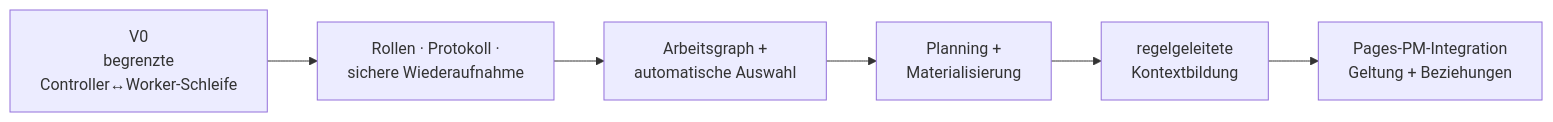
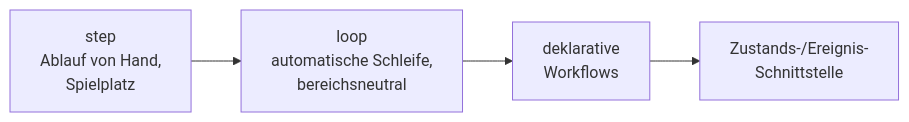
The seventh of 7 diagrams in README.md (blaumohn/ki-dev), drawn with Mermaid before and after one commit. The commit also changed other lines of this file and 2 other files, not shown here.

First line of the commit message:
docs: README-Geschichte zu ki-dev step und benannte Etappen (ki-dev-ablauf-48c)

````diff
--- a/README.md
+++ b/README.md
@@ -761,11 +861,9 @@
 ```mermaid
 flowchart LR
-    V0["V0<br/>begrenzte<br/>Controller↔Worker-Schleife"]
-    V1["Rollen · Protokoll ·<br/>sichere Wiederaufnahme"]
-    V2["Arbeitsgraph +<br/>automatische Auswahl"]
-    V3["Planning +<br/>Materialisierung"]
-    V4["regelgeleitete<br/>Kontextbildung"]
-    V5["Pages-PM-Integration<br/>Geltung + Beziehungen"]
+    S["step<br/>Ablauf von Hand,<br/>Spielplatz"]
+    L["loop<br/>automatische Schleife,<br/>bereichsneutral"]
+    W["deklarative<br/>Workflows"]
+    Z["Zustands-/Ereignis-<br/>Schnittstelle"]
 
-    V0 --> V1 --> V2 --> V3 --> V4 --> V5
+    S --> L --> W --> Z
 ```
````
